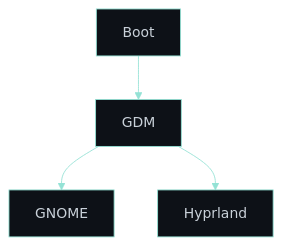
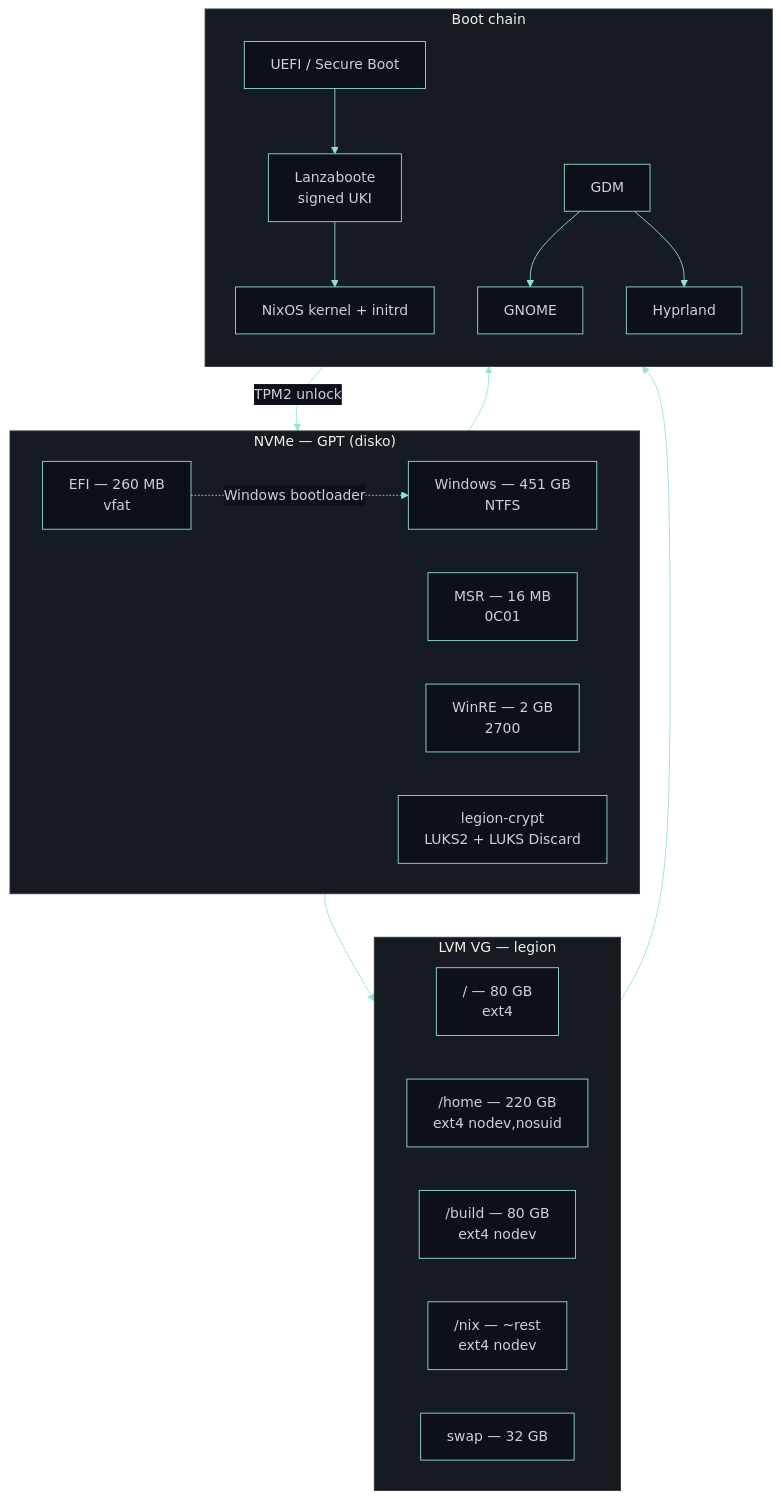
One commit to RomeoCavazza/nixos-config changed the diagram in README.md. Above: the diagram before and after it, drawn with Mermaid. The commit also changed other lines of this file and 1 other file, not shown here.

````diff
--- a/README.md
+++ b/README.md
@@ -32,12 +33,41 @@
 ```mermaid
 %%{init: {'theme': 'base', 'themeVariables': { 'primaryColor': '#161b22', 'secondaryColor': '#0d1117', 'tertiaryColor': '#0d1117', 'primaryBorderColor': '#94e2d5', 'lineColor': '#94e2d5', 'primaryTextColor': '#c9d1d9', 'mainBkg': '#0d1117', 'clusterBkg': '#161b22', 'clusterBorder': '#30363d' }}}%%
 flowchart TB
-  Boot["Boot"]
-  GDM["GDM"]
-  G["GNOME"]
-  H["Hyprland"]
+  subgraph DISK["NVMe — GPT (disko)"]
+    direction LR
+    ESP["EFI — 260 MB\nvfat"]
+    MSR["MSR — 16 MB\n0C01"]
+    WIN["Windows — 451 GB\nNTFS"]
+    WINRE["WinRE — 2 GB\n2700"]
+    LUKS["legion-crypt\nLUKS2 + LUKS Discard"]
+  end
 
-  Boot --> GDM
-  GDM --> G
-  GDM --> H
+  subgraph LVM["LVM VG — legion"]
+    direction LR
+    ROOT["/  — 80 GB\next4"]
+    HOME["/home  — 220 GB\next4 nodev,nosuid"]
+    BUILD["/build  — 80 GB\next4 nodev"]
+    NIX["/nix  — ~rest\next4 nodev"]
+    SWAP["swap  — 32 GB"]
+  end
+
+  subgraph BOOT["Boot chain"]
+    direction TB
+    UEFI["UEFI / Secure Boot"]
+    LB["Lanzaboote\nsigned UKI"]
+    NixKernel["NixOS kernel + initrd"]
+    GDM["GDM"]
+    GNOME["GNOME"]
+    Hyprland["Hyprland"]
+  end
+
+  ESP --> UEFI
+  UEFI --> LB
+  LB --> NixKernel
+  NixKernel -->|"TPM2 unlock"| LUKS
+  LUKS --> LVM
+  LVM --> GDM
+  GDM --> GNOME
+  GDM --> Hyprland
+  ESP -.->|"Windows bootloader"| WIN
 ```
````
